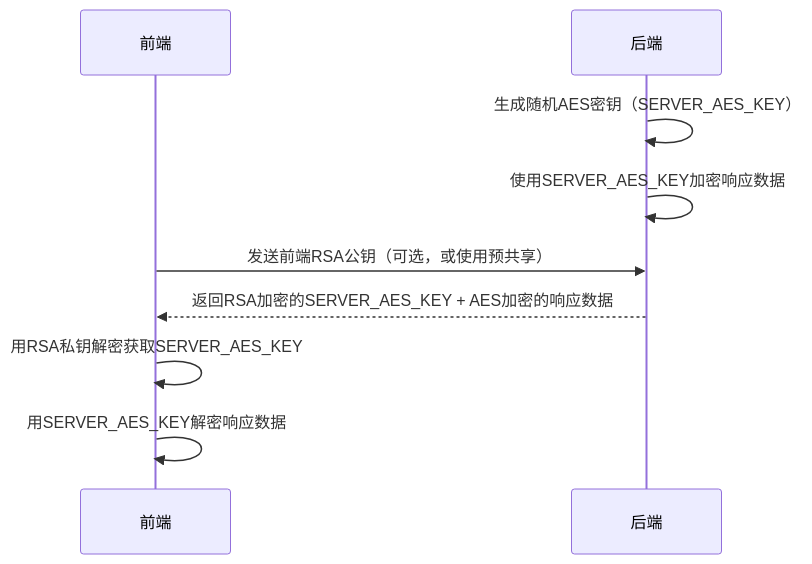
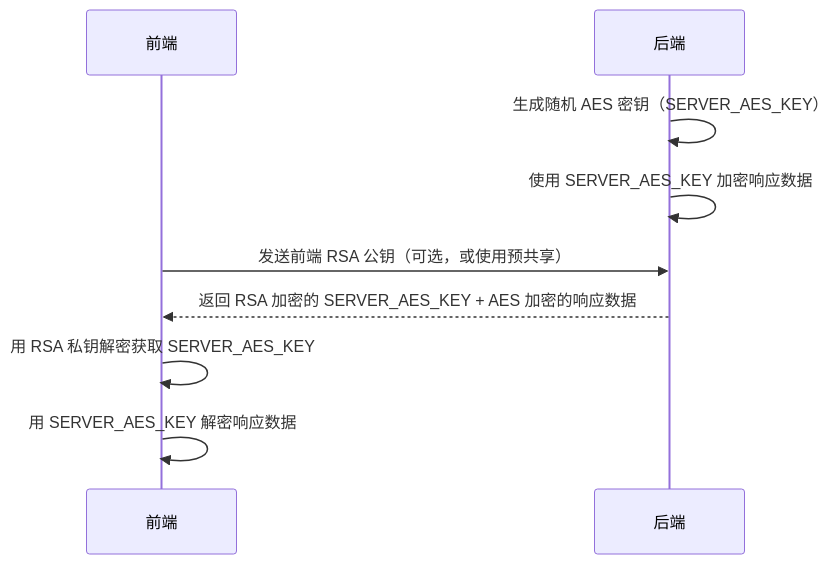
Before and after one commit to weihongyu12/web: the second of 2 diagrams in docs/features/encrypt/README.md, drawn with Mermaid. The commit also changed other lines of this file, not shown here.

Commit message:
更新 README.md，完善敏感数据加密说明，增加 AES 和 RSA 混合加密方案的详细描述

````diff
--- a/docs/features/encrypt/README.md
+++ b/docs/features/encrypt/README.md
@@ -1567,12 +1520,12 @@
 ```mermaid
 sequenceDiagram
     participant 前端
     participant 后端
 
-    后端->>后端: 生成随机AES密钥（SERVER_AES_KEY）
-    后端->>后端: 使用SERVER_AES_KEY加密响应数据
-    前端->>后端: 发送前端RSA公钥（可选，或使用预共享）
-    后端-->>前端: 返回RSA加密的SERVER_AES_KEY + AES加密的响应数据
-    前端->>前端: 用RSA私钥解密获取SERVER_AES_KEY
-    前端->>前端: 用SERVER_AES_KEY解密响应数据
+    后端->>后端: 生成随机 AES 密钥（SERVER_AES_KEY）
+    后端->>后端: 使用 SERVER_AES_KEY 加密响应数据
+    前端->>后端: 发送前端 RSA 公钥（可选，或使用预共享）
+    后端-->>前端: 返回 RSA 加密的 SERVER_AES_KEY + AES 加密的响应数据
+    前端->>前端: 用 RSA 私钥解密获取 SERVER_AES_KEY
+    前端->>前端: 用 SERVER_AES_KEY 解密响应数据
 ```
````
